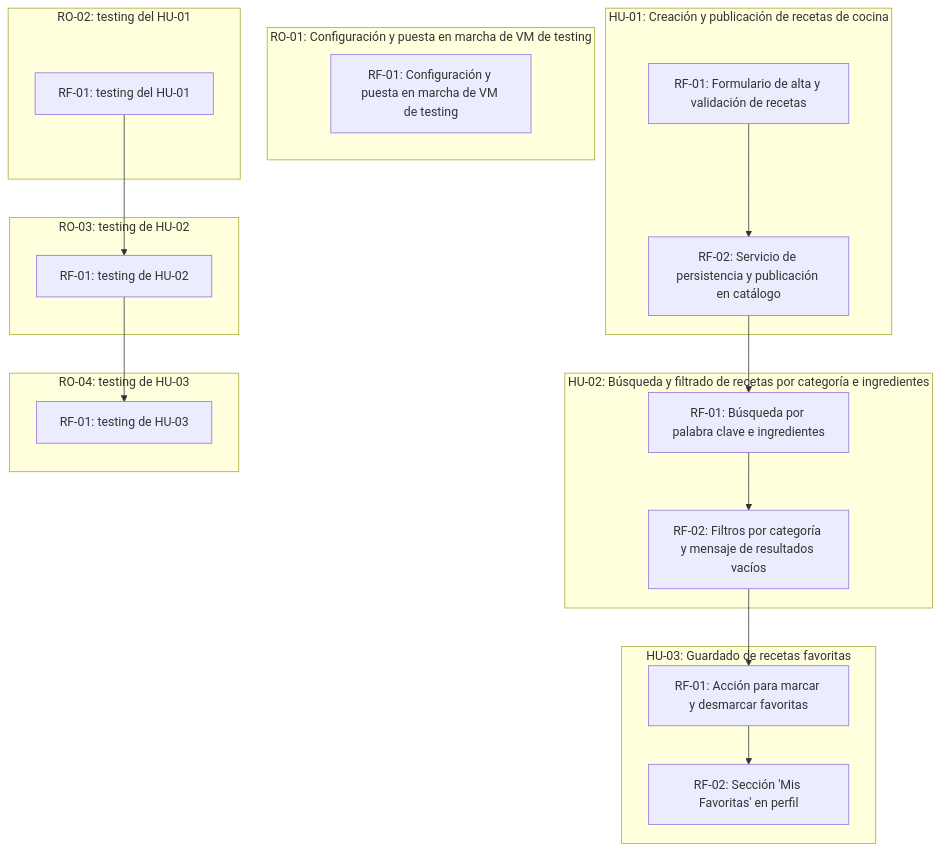
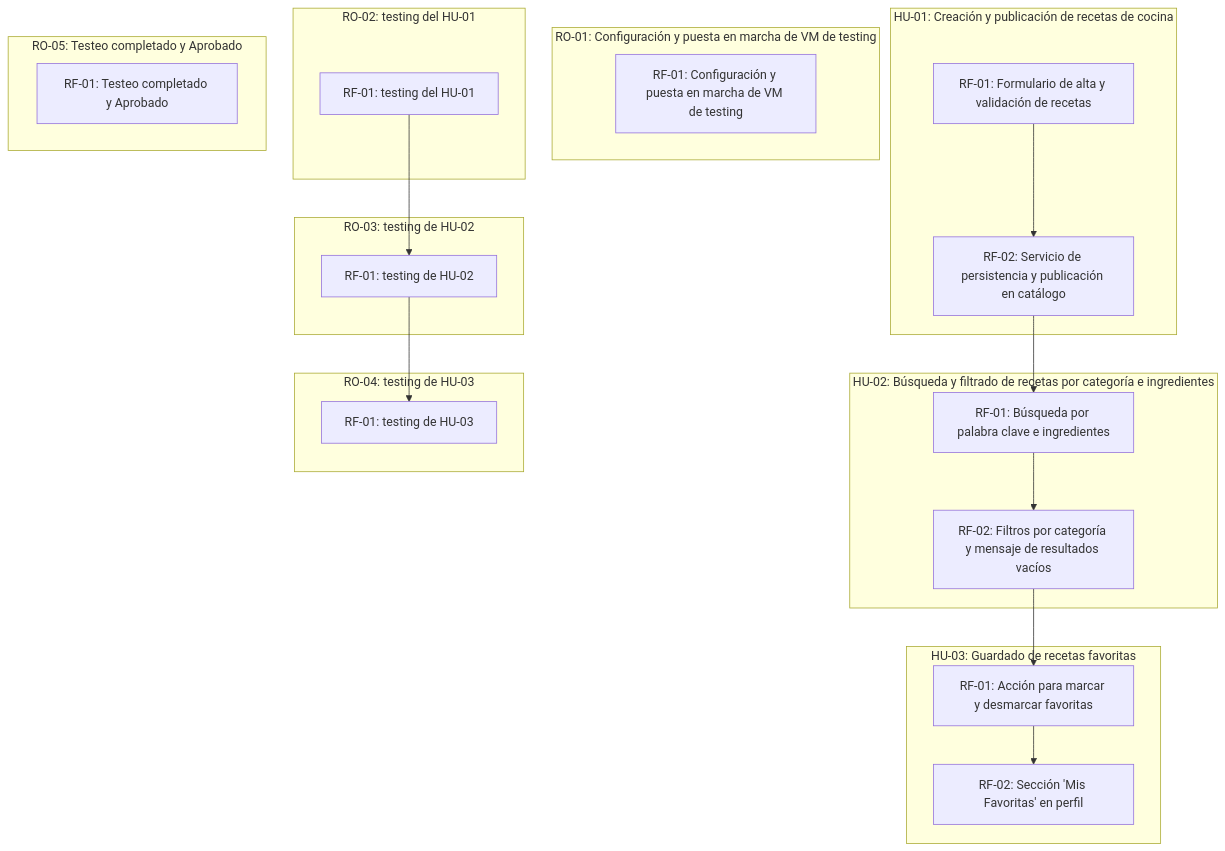
The diagram in scrumDocs/grafo.md (SVGiannoni/RecetasPanaRossi), drawn with Mermaid before and after one commit. The commit also changed other lines of this file, not shown here.

Commit message:
Auto-publish: actualiza scrumDocs/grafo.md

````diff
--- a/scrumDocs/grafo.md
+++ b/scrumDocs/grafo.md
@@ -5,34 +5,37 @@
 ```mermaid
 graph TD
   subgraph US_1788784804716["HU-01: Creación y publicación de recetas de cocina"]
     REQ_1788785182545["RF-01: Formulario de alta y validación de recetas"]
     REQ_1788785196739["RF-02: Servicio de persistencia y publicación en catálogo"]
   end
   subgraph US_1788784817567["HU-02: Búsqueda y filtrado de recetas por categoría e ingredientes"]
     REQ_1788785446610["RF-01: Búsqueda por palabra clave e ingredientes"]
     REQ_1788785477255["RF-02: Filtros por categoría y mensaje de resultados vacíos"]
   end
   subgraph US_1788784829317["HU-03: Guardado de recetas favoritas"]
     REQ_1788785498187["RF-01: Acción para marcar y desmarcar favoritas"]
     REQ_1788785510602["RF-02: Sección 'Mis Favoritas' en perfil"]
   end
   subgraph US_1788785524805["RO-01: Configuración y puesta en marcha de VM de testing"]
     REQ_1788785524811["RF-01: Configuración y puesta en marcha de VM de testing"]
   end
   subgraph US_1788790818388["RO-02: testing del HU-01"]
     REQ_1788790818395["RF-01: testing del HU-01"]
   end
   subgraph US_1788790905857["RO-03: testing de HU-02"]
     REQ_1788790905863["RF-01: testing de HU-02"]
   end
   subgraph US_1788790968088["RO-04: testing de HU-03"]
     REQ_1788790968095["RF-01: testing de HU-03"]
   end
+  subgraph US_1788791159528["RO-05: Testeo completado y Aprobado"]
+    REQ_1788791159536["RF-01: Testeo completado y Aprobado"]
+  end
   REQ_1788785182545 --> REQ_1788785196739
   REQ_1788785196739 --> REQ_1788785446610
   REQ_1788785446610 --> REQ_1788785477255
   REQ_1788785477255 --> REQ_1788785498187
   REQ_1788785498187 --> REQ_1788785510602
   REQ_1788790818395 --> REQ_1788790905863
   REQ_1788790905863 --> REQ_1788790968095
 ```
````
